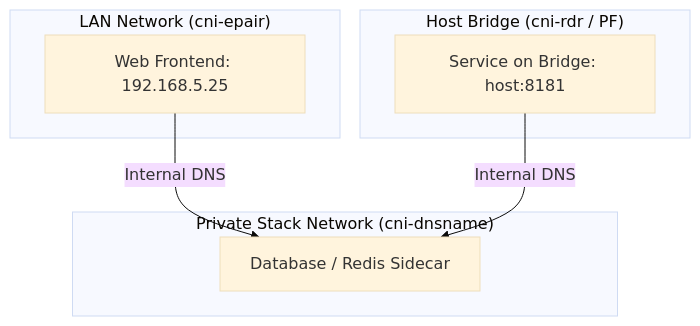
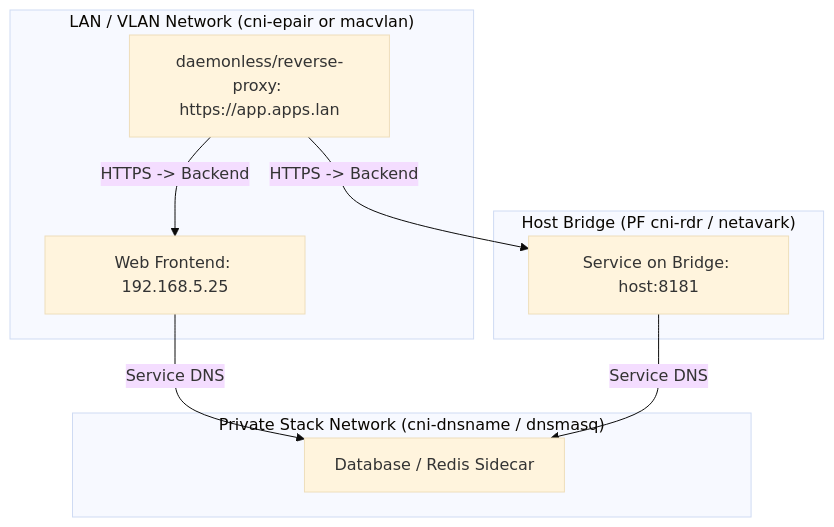
The diagram in docs/networking.md (daemonless/fjord-daemonless-io), drawn with Mermaid (base theme) before and after one commit. The commit also changed other lines of this file and 13 other files, not shown here.

````diff
--- a/docs/networking.md
+++ b/docs/networking.md
@@ -33,14 +23,17 @@
 ```mermaid
 flowchart TD
-    subgraph LAN["LAN Network (cni-epair)"]
+    subgraph LAN["LAN / VLAN Network (cni-epair or macvlan)"]
         Frontend["Web Frontend: 192.168.5.25"]
+        Proxy["daemonless/reverse-proxy: https://app.apps.lan"]
     end
-    subgraph Bridge["Host Bridge (cni-rdr / PF)"]
+    subgraph Bridge["Host Bridge (PF cni-rdr / netavark)"]
         PubService["Service on Bridge: host:8181"]
     end
-    subgraph Private["Private Stack Network (cni-dnsname)"]
+    subgraph Private["Private Stack Network (cni-dnsname / dnsmasq)"]
         DB["Database / Redis Sidecar"]
     end
-    Frontend -->|Internal DNS| DB
-    PubService -->|Internal DNS| DB
+    Proxy -->|HTTPS -> Backend| Frontend
+    Proxy -->|HTTPS -> Backend| PubService
+    Frontend -->|Service DNS| DB
+    PubService -->|Service DNS| DB
 ```
````
